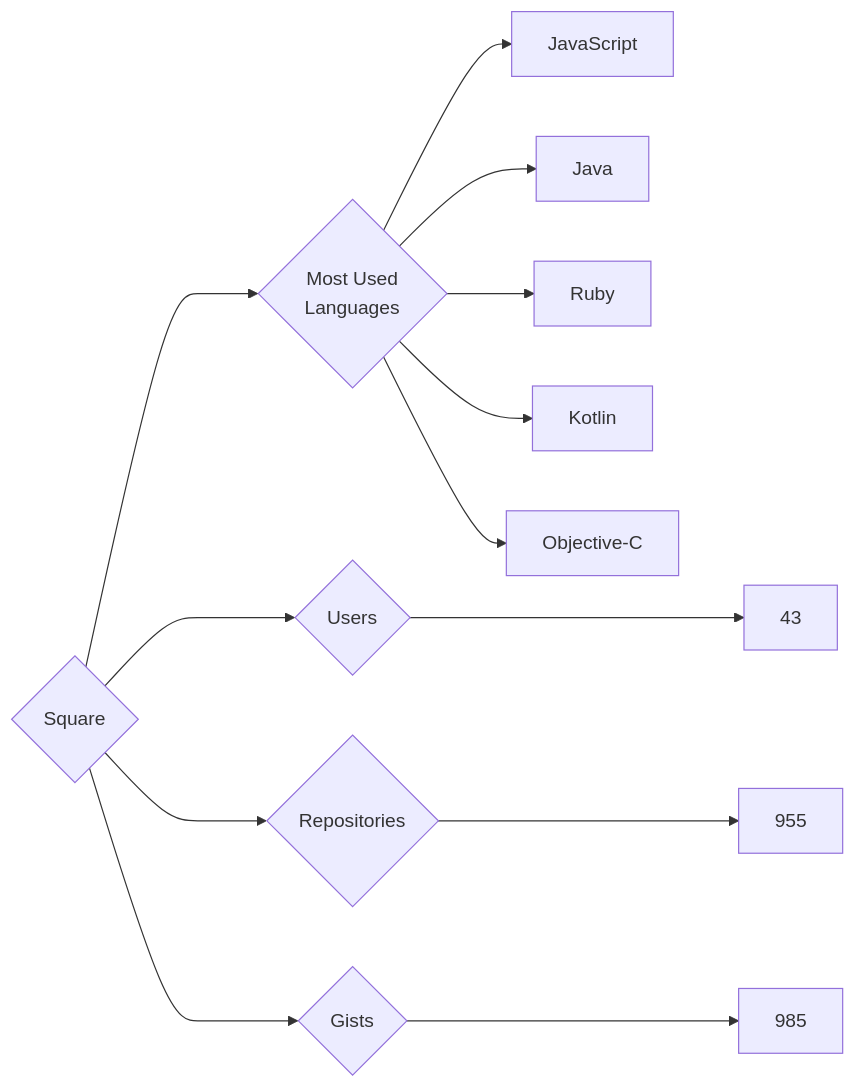
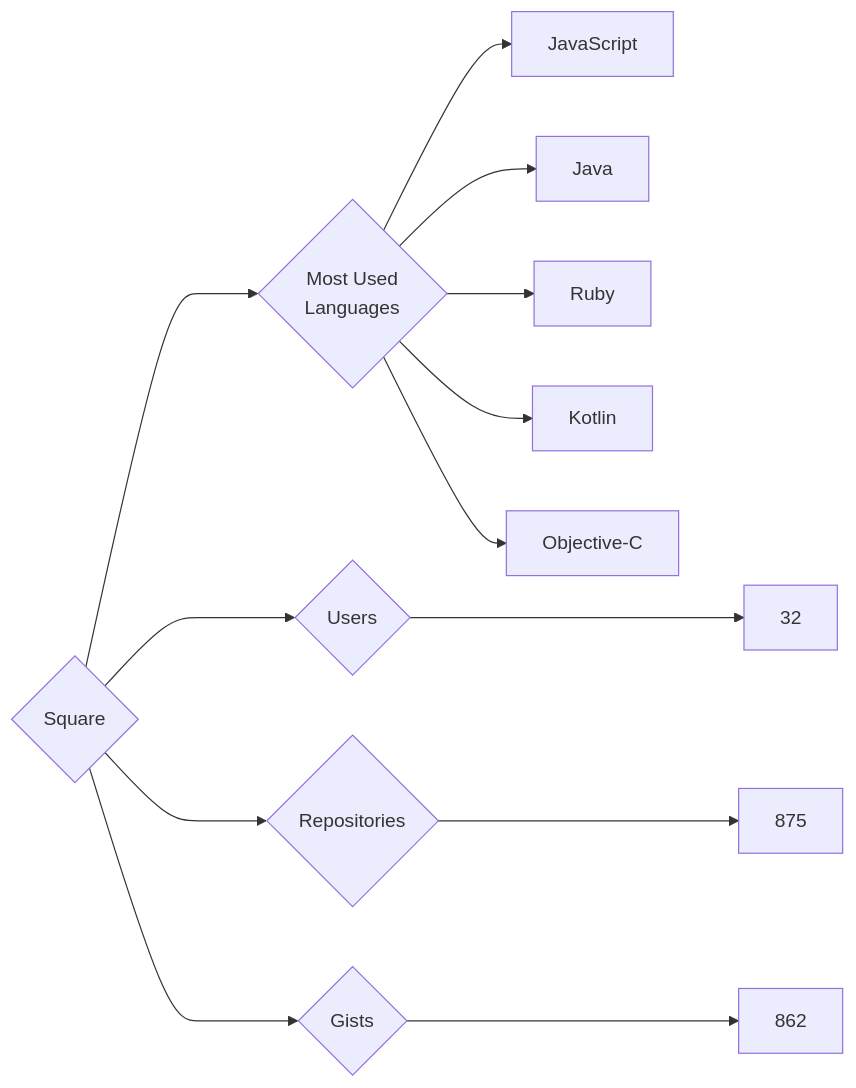
Before and after one commit to trickest/insiders: the diagram in targets/Square/README.md, drawn with Mermaid. The commit also changed 839 other files, not shown here.

````diff
--- a/targets/Square/README.md
+++ b/targets/Square/README.md
@@ -3,13 +3,13 @@
 ```mermaid
 graph LR
 COMPANY_NAME{Square}
-COMPANY_NAME ---> U{Users} ---> UN[43]
-COMPANY_NAME ---> R{Repositories} ---> RN[955]
-COMPANY_NAME ---> G{Gists} ---> GN[985]
+COMPANY_NAME ---> U{Users} ---> UN[32]
+COMPANY_NAME ---> R{Repositories} ---> RN[875]
+COMPANY_NAME ---> G{Gists} ---> GN[862]
 COMPANY_NAME ---> ML{Most Used<br>Languages}
 ML --> JavaScript[JavaScript]
 ML --> Java[Java]
 ML --> Ruby[Ruby]
 ML --> Kotlin[Kotlin]
 ML --> Objective-C[Objective-C]
 ```
````
